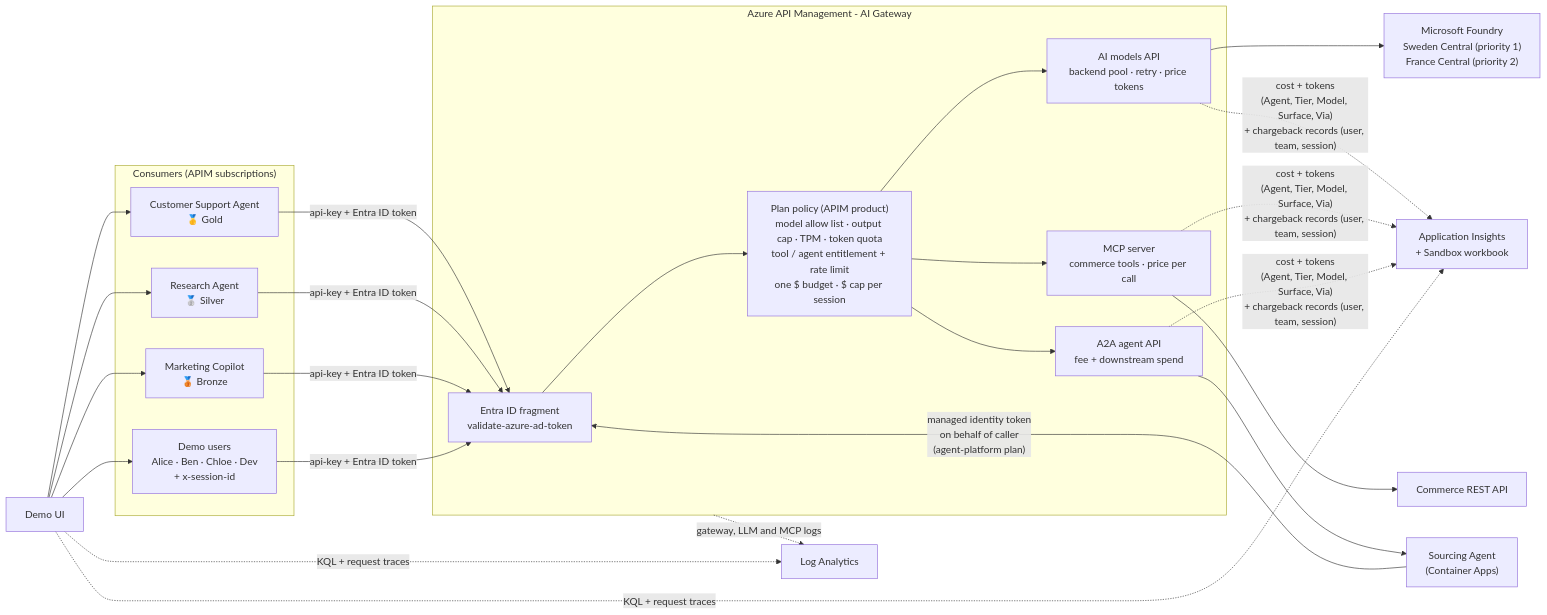
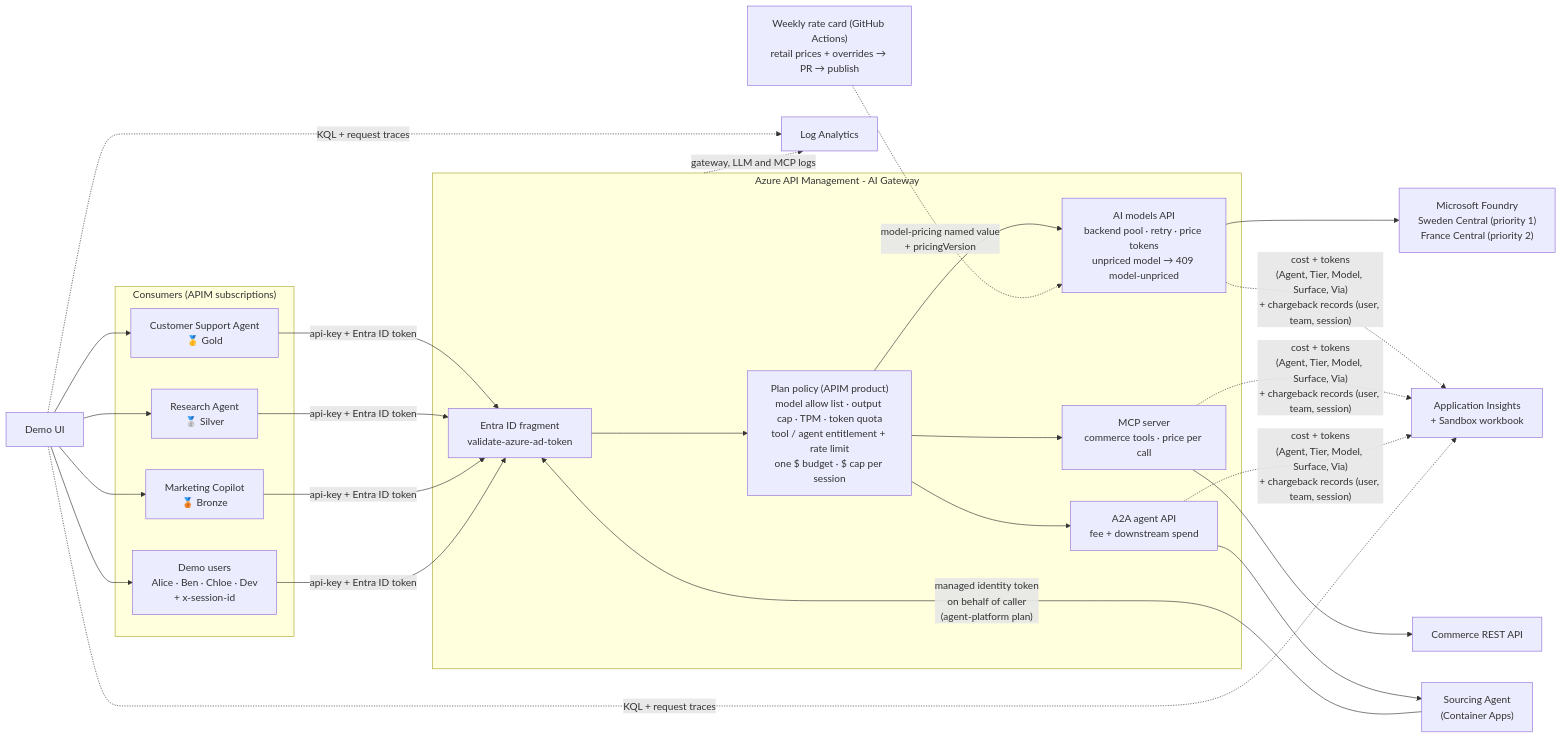
The diagram in labs/ai-gateway-sandbox/README.md (JinLee794/AI-Gateway-Sandbox), drawn with Mermaid before and after one commit. The commit also changed other lines of this file and 15 other files, not shown here.

First line of the commit message:
AI Gateway Sandbox: weekly price-list automation (phase 1)

````diff
--- a/labs/ai-gateway-sandbox/README.md
+++ b/labs/ai-gateway-sandbox/README.md
@@ -34,25 +34,26 @@
 ```mermaid
 flowchart LR
     subgraph Consumers["Consumers (APIM subscriptions)"]
         A1["Customer Support Agent<br/>🥇 Gold"]
         A2["Research Agent<br/>🥈 Silver"]
         A3["Marketing Copilot<br/>🥉 Bronze"]
         U["Demo users<br/>Alice · Ben · Chloe · Dev<br/>+ x-session-id"]
     end
     subgraph APIM["Azure API Management - AI Gateway"]
         E["Entra ID fragment<br/>validate-azure-ad-token"]
         P1["Plan policy (APIM product)<br/>model allow list · output cap · TPM · token quota<br/>tool / agent entitlement + rate limit<br/>one $ budget · $ cap per session"]
-        M["AI models API<br/>backend pool · retry · price tokens"]
+        M["AI models API<br/>backend pool · retry · price tokens<br/>unpriced model → 409 model-unpriced"]
         T["MCP server<br/>commerce tools · price per call"]
         G["A2A agent API<br/>fee + downstream spend"]
     end
     A1 & A2 & A3 & U -->|"api-key + Entra ID token"| E --> P1
     P1 --> M --> F["Microsoft Foundry<br/>Sweden Central (priority 1)<br/>France Central (priority 2)"]
     P1 --> T --> R["Commerce REST API"]
     P1 --> G --> S["Sourcing Agent<br/>(Container Apps)"]
     S -->|"managed identity token<br/>on behalf of caller<br/>(agent-platform plan)"| E
     M & T & G -.->|"cost + tokens<br/>(Agent, Tier, Model, Surface, Via)<br/>+ chargeback records (user, team, session)"| AI["Application Insights<br/>+ Sandbox workbook"]
     APIM -.->|"gateway, LLM and MCP logs"| LA["Log Analytics"]
+    RC["Weekly rate card (GitHub Actions)<br/>retail prices + overrides → PR → publish"] -.->|"model-pricing named value<br/>+ pricingVersion"| M
     UI["Demo UI"] --> A1 & A2 & A3 & U
     UI -.->|"KQL + request traces"| AI & LA
 ```
````
